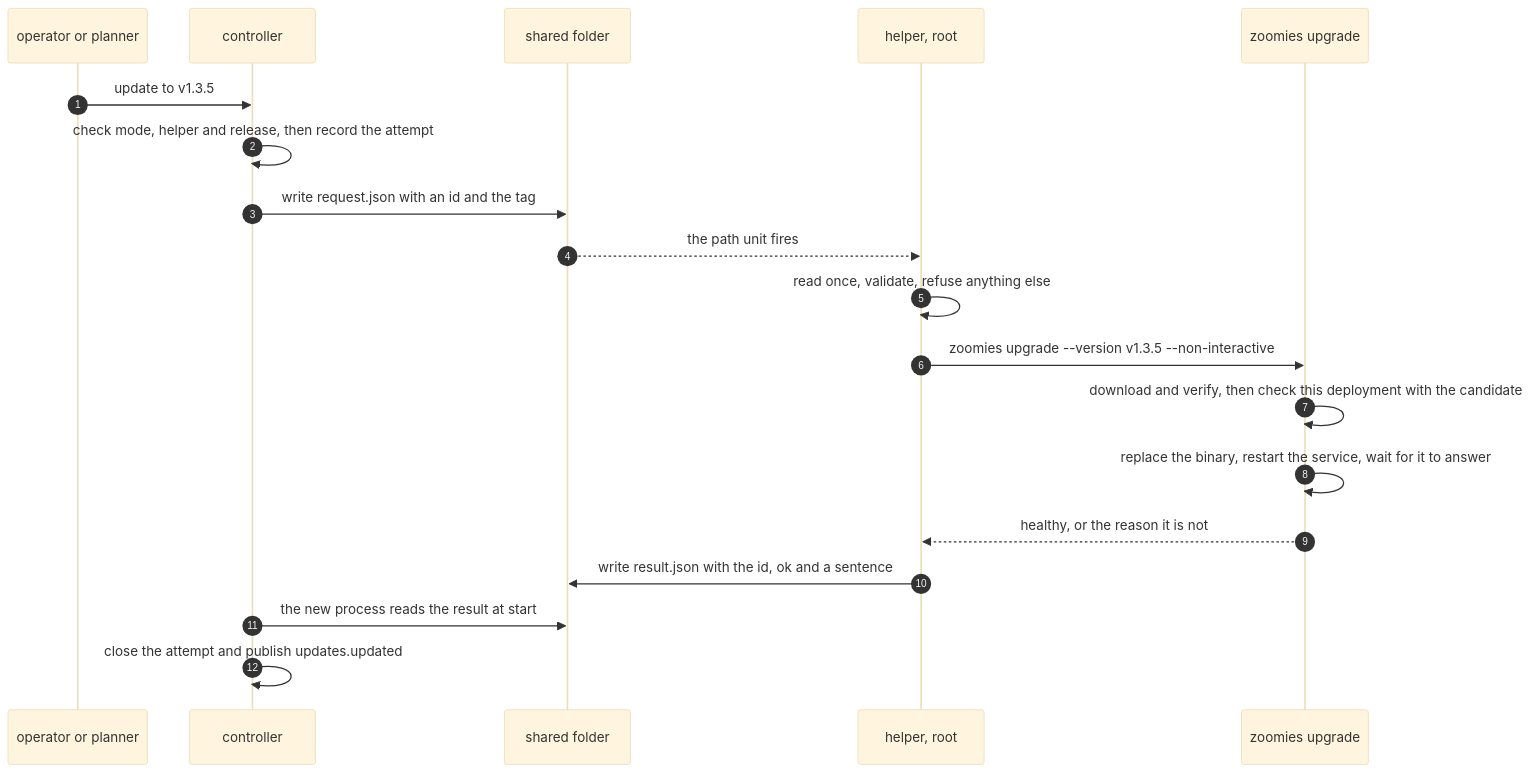
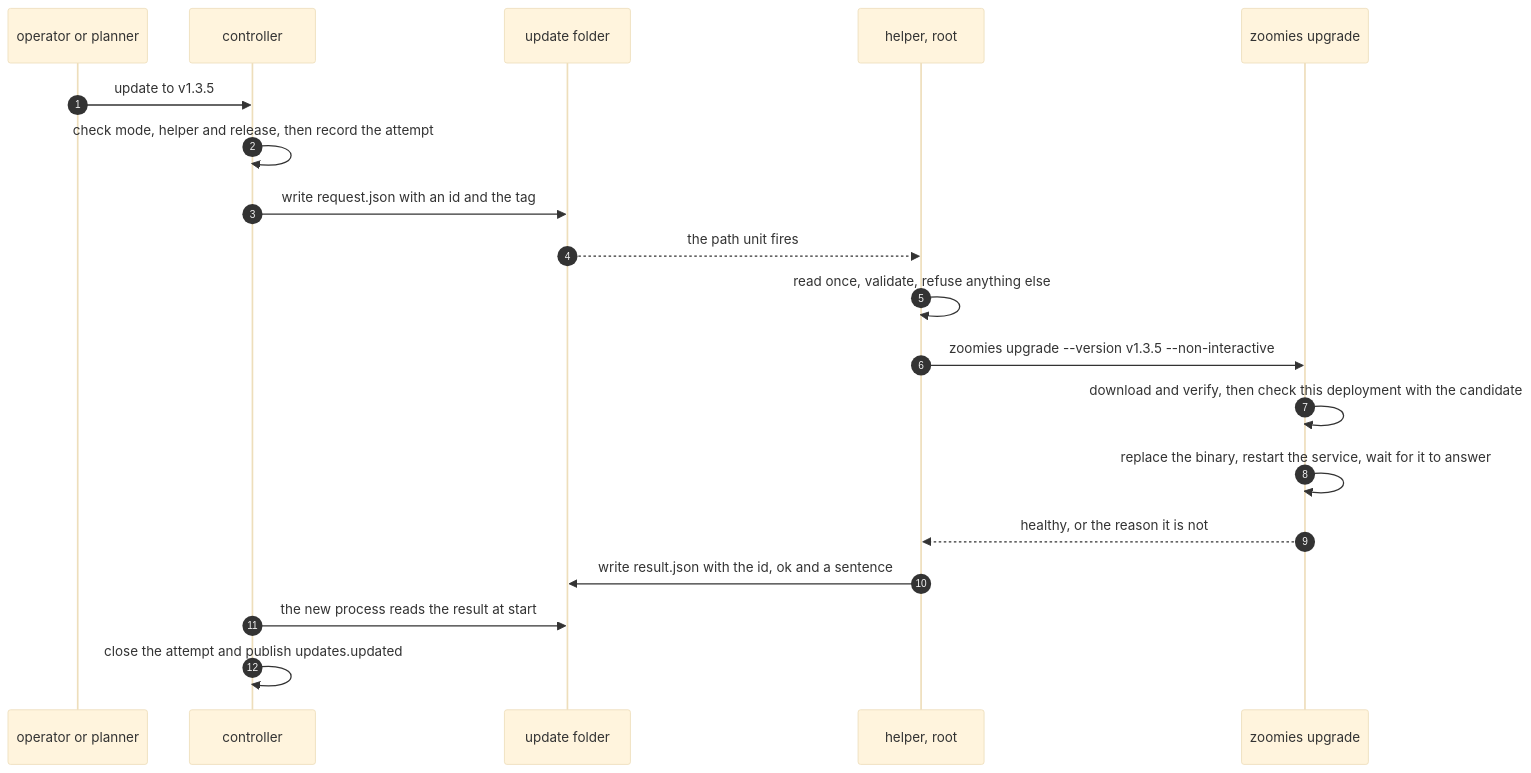
Before and after one commit to eyupio/Zoomies: the first of 2 diagrams in roadmap/in-product-updates.md, drawn with Mermaid (base theme). The commit also changed other lines of this file and 4 other files, not shown here.

````diff
--- a/roadmap/in-product-updates.md
+++ b/roadmap/in-product-updates.md
@@ -223,22 +284,22 @@
 ```mermaid
 sequenceDiagram
     autonumber
     participant O as operator or planner
     participant C as controller
-    participant S as shared folder
+    participant S as update folder
     participant H as helper, root
     participant U as zoomies upgrade
 
     O->>C: update to v1.3.5
     C->>C: check mode, helper and release, then record the attempt
     C->>S: write request.json with an id and the tag
     S-->>H: the path unit fires
     H->>H: read once, validate, refuse anything else
     H->>U: zoomies upgrade --version v1.3.5 --non-interactive
     U->>U: download and verify, then check this deployment with the candidate
     U->>U: replace the binary, restart the service, wait for it to answer
     U-->>H: healthy, or the reason it is not
     H->>S: write result.json with the id, ok and a sentence
     C->>S: the new process reads the result at start
     C->>C: close the attempt and publish updates.updated
 ```
````
